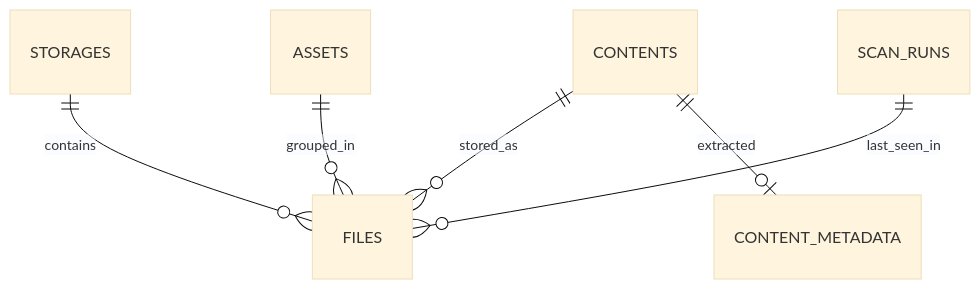
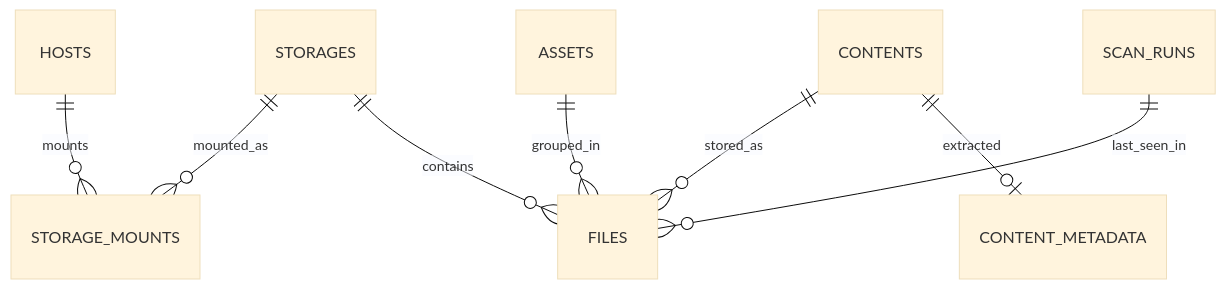
Before and after one commit to yshdsnd/wing-photovault: the diagram in docs/db-schema.md, drawn with Mermaid (base theme). The commit also changed other lines of this file and 13 other files, not shown here.

Commit message:
docs: update spec and DB schema, add ADRs (0001-0009), GEMINI.md, and AGENTS.md

````diff
--- a/docs/db-schema.md
+++ b/docs/db-schema.md
@@ -23,8 +24,10 @@
 ```mermaid
 erDiagram
+    HOSTS ||--o{ STORAGE_MOUNTS : "mounts"
+    STORAGES ||--o{ STORAGE_MOUNTS : "mounted_as"
     STORAGES ||--o{ FILES : "contains"
     CONTENTS ||--o{ FILES : "stored_as"
     ASSETS ||--o{ FILES : "grouped_in"
     CONTENTS ||--o| CONTENT_METADATA : "extracted"
     SCAN_RUNS ||--o{ FILES : "last_seen_in"
 ```
````
